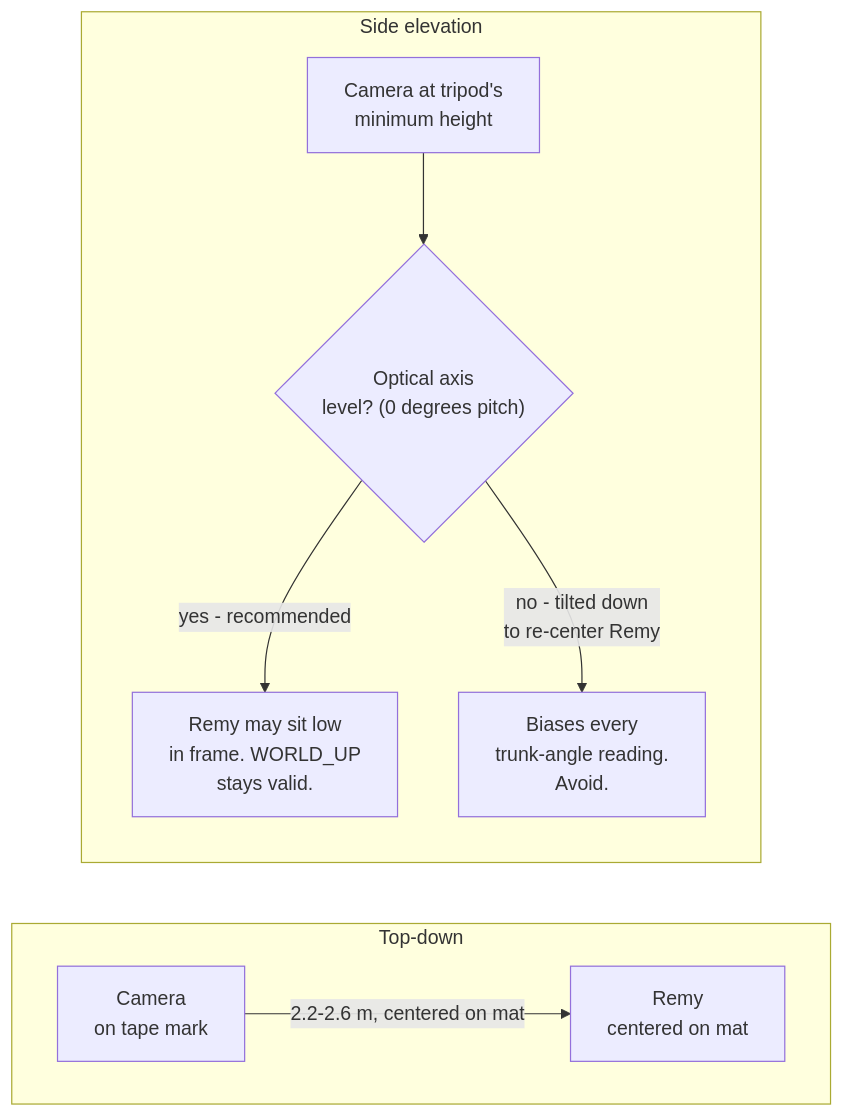
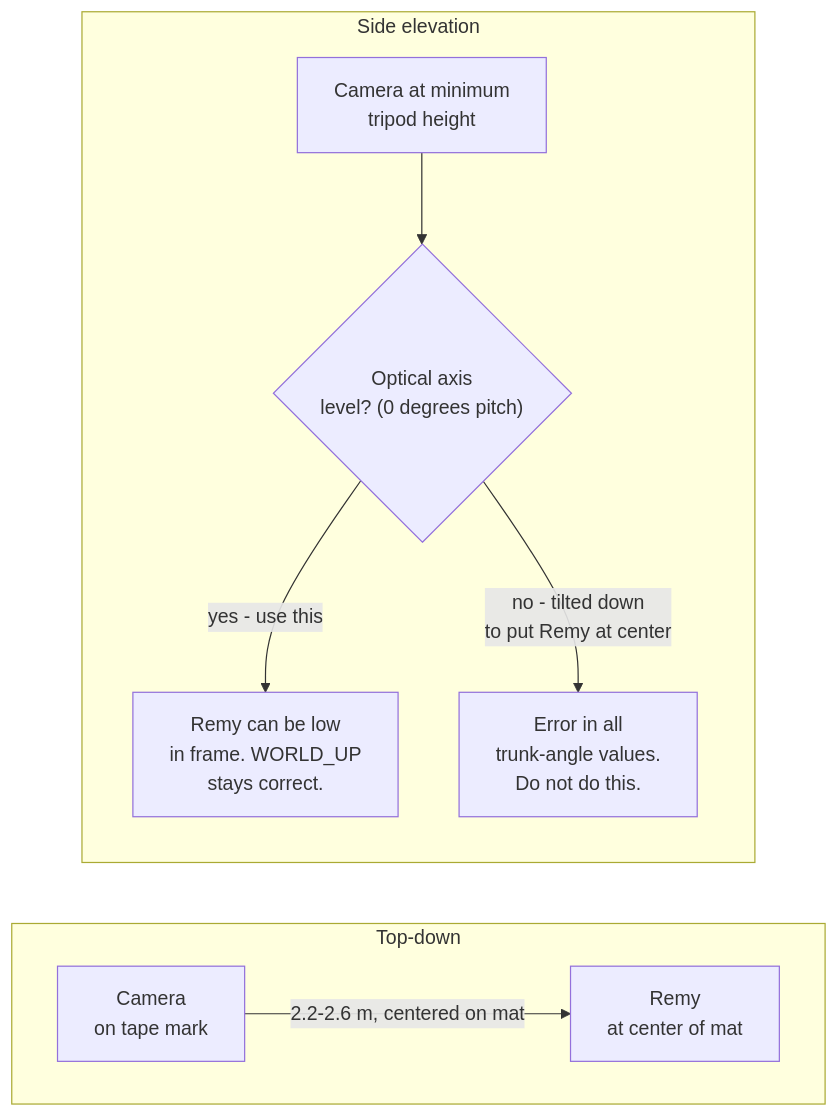
The first of 2 diagrams in docs/data-collection-protocol.md (blasagna/remapy), drawn with Mermaid before and after one commit. The commit also changed other lines of this file and 2 other files, not shown here.

````diff
--- a/docs/data-collection-protocol.md
+++ b/docs/data-collection-protocol.md
@@ -70,13 +136,13 @@
 ```mermaid
 flowchart LR
     subgraph TopDown [Top-down]
         direction LR
-        C1["Camera<br/>on tape mark"] -->|"2.2-2.6 m, centered on mat"| K1["Remy<br/>centered on mat"]
+        C1["Camera<br/>on tape mark"] -->|"2.2-2.6 m, centered on mat"| K1["Remy<br/>at center of mat"]
     end
     subgraph SideElevation [Side elevation]
         direction TB
-        C2["Camera at tripod's<br/>minimum height"] --> D{"Optical axis<br/>level? (0 degrees pitch)"}
-        D -->|"yes - recommended"| K2["Remy may sit low<br/>in frame. WORLD_UP<br/>stays valid."]
-        D -->|"no - tilted down<br/>to re-center Remy"| K3["Biases every<br/>trunk-angle reading.<br/>Avoid."]
+        C2["Camera at minimum<br/>tripod height"] --> D{"Optical axis<br/>level? (0 degrees pitch)"}
+        D -->|"yes - use this"| K2["Remy can be low<br/>in frame. WORLD_UP<br/>stays correct."]
+        D -->|"no - tilted down<br/>to put Remy at center"| K3["Error in all<br/>trunk-angle values.<br/>Do not do this."]
     end
 ```
````
